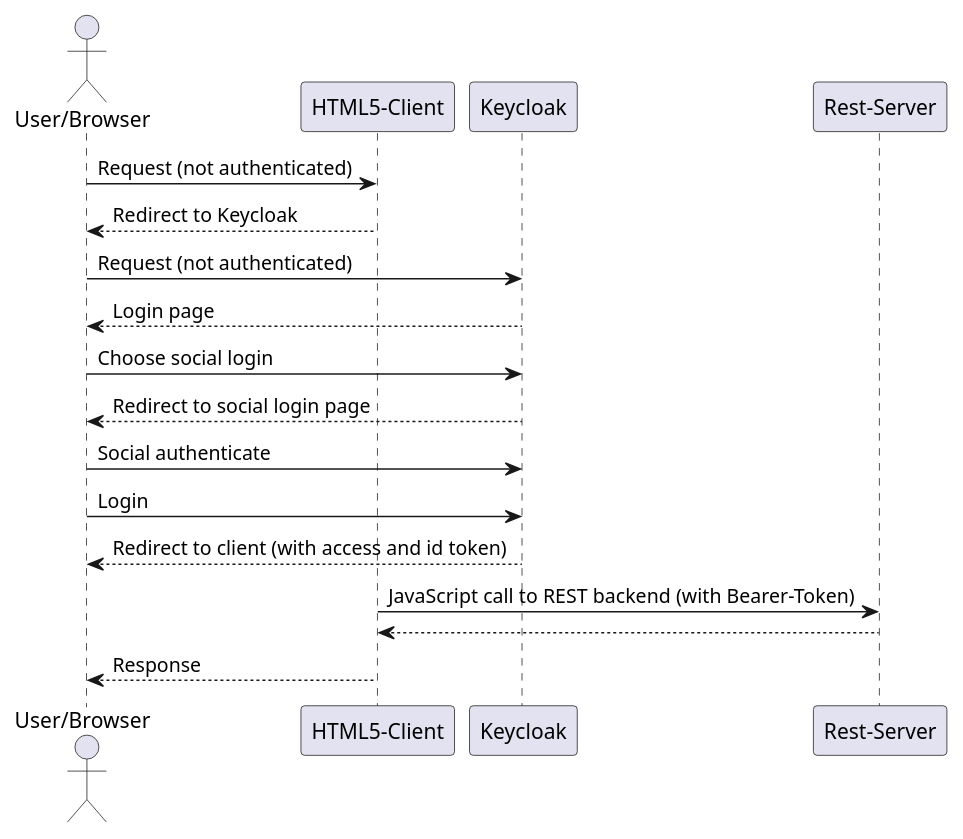
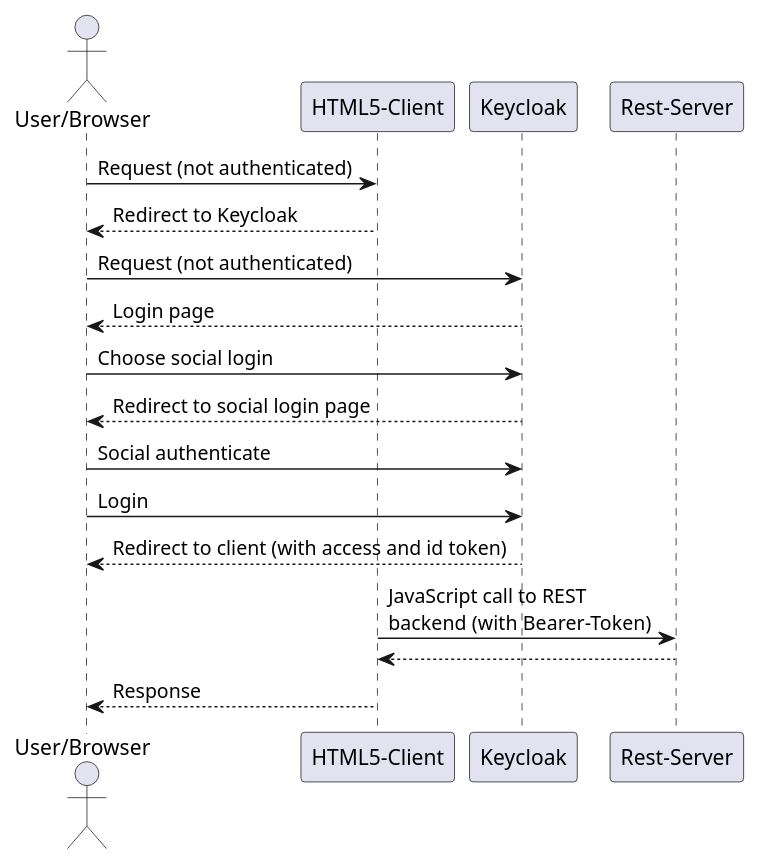
One commit to dukecon/dukecon changed the diagram in src/main/asciidoc/login-sequence.puml. Above: the diagram before and after it, drawn with PlantUML. The commit also changed 12 other files, not shown here.

```diff
--- a/src/main/asciidoc/login-sequence.puml
+++ b/src/main/asciidoc/login-sequence.puml
@@ -1,19 +1,19 @@
 @startuml
 actor browser as "User/Browser"
 participant html5 as "HTML5-Client"
 participant Keycloak
 participant server as "Rest-Server"
 
 browser -> html5 : Request (not authenticated)
 browser <-- html5 : Redirect to Keycloak
 browser -> Keycloak : Request (not authenticated)
 browser <-- Keycloak : Login page
 browser -> Keycloak : Choose social login
 browser <-- Keycloak : Redirect to social login page
 browser -> Keycloak : Social authenticate
 browser -> Keycloak : Login
 browser <-- Keycloak : Redirect to client (with access and id token)
-html5 -> server : JavaScript call to REST backend (with Bearer-Token)
+html5 -> server : JavaScript call to REST\nbackend (with Bearer-Token)
 html5 <-- server
 browser <-- html5 : Response
 @enduml
```
